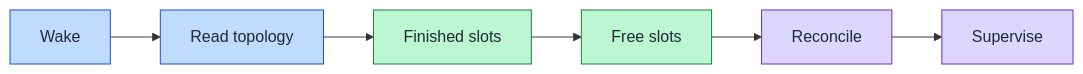
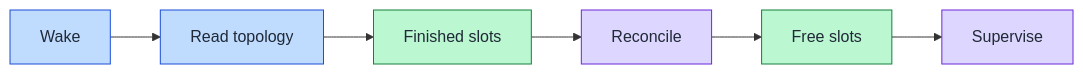
The diagram in docs/diagrams/pages/loop-tick.md (victusfate/scaffold), drawn with Mermaid before and after one commit. The commit also changed other lines of this file and 56 other files, not shown here.

First line of the commit message:
docs(diagrams): re-check every page against its sources after corrections

````diff
--- a/docs/diagrams/pages/loop-tick.md
+++ b/docs/diagrams/pages/loop-tick.md
@@ -7,14 +7,14 @@
 ```mermaid
 flowchart LR
   n_wake["Wake"] --> n_topology["Read topology"]
   n_topology["Read topology"] --> n_review["Finished slots"]
-  n_review["Finished slots"] --> n_dispatch["Free slots"]
-  n_dispatch["Free slots"] --> n_reconcile["Reconcile"]
-  n_reconcile["Reconcile"] --> n_supervise["Supervise"]
+  n_review["Finished slots"] --> n_reconcile["Reconcile"]
+  n_reconcile["Reconcile"] --> n_dispatch["Free slots"]
+  n_dispatch["Free slots"] --> n_supervise["Supervise"]
   classDef lane0 fill:#bfdbfe,stroke:#1d4ed8,color:#1f2937
   classDef lane1 fill:#bbf7d0,stroke:#15803d,color:#1f2937
   classDef lane2 fill:#ddd6fe,stroke:#6d28d9,color:#1f2937
   class n_wake,n_topology lane0
   class n_review,n_dispatch lane1
   class n_reconcile,n_supervise lane2
 ```
````
